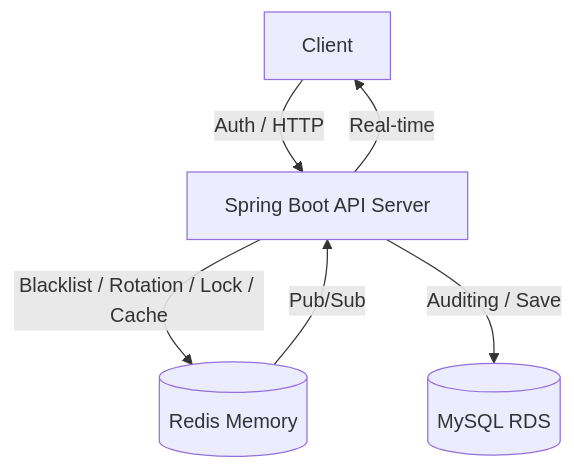
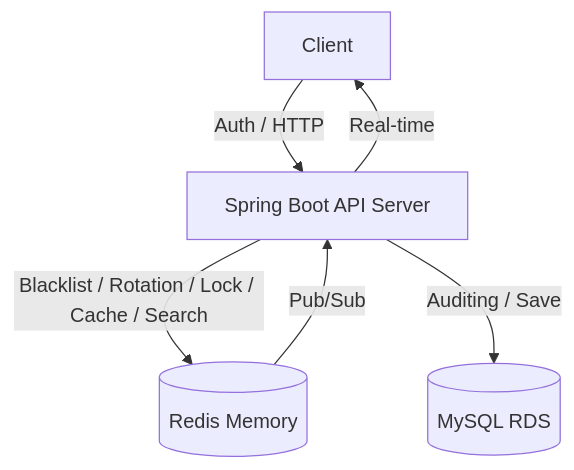
One commit to helloyoogs/tarot-insight-backend changed the diagram in README.md. Above: the diagram before and after it, drawn with Mermaid. The commit also changed other lines of this file and 9 other files, not shown here.

````diff
--- a/README.md
+++ b/README.md
@@ -34,8 +34,8 @@
 ```mermaid
 graph TD
     Client[Client] -->|Auth / HTTP| Server[Spring Boot API Server]
-    Server -->|Blacklist / Rotation / Lock / Cache| Redis[(Redis Memory)]
+    Server -->|Blacklist / Rotation / Lock / Cache / Search| Redis[(Redis Memory)]
     Server -->|Auditing / Save| MySQL[(MySQL RDS)]
     Redis -->|Pub/Sub| Server
     Server -->|Real-time| Client
 ```
````
